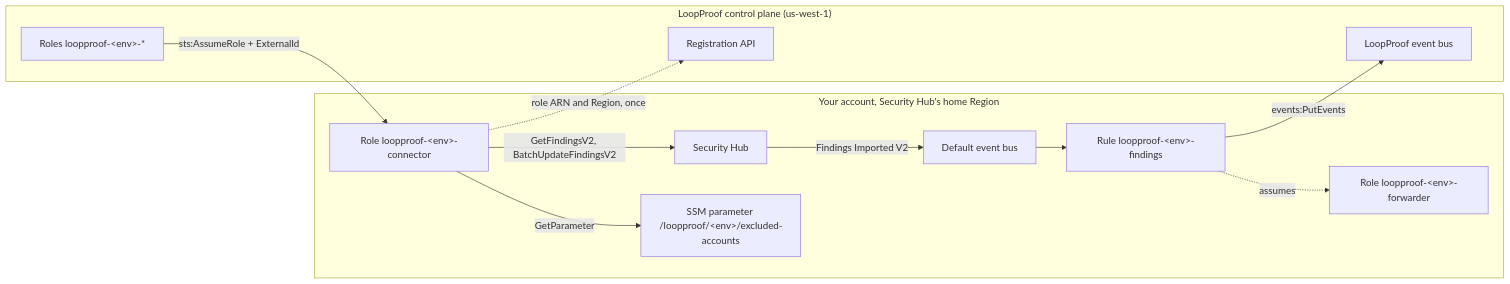
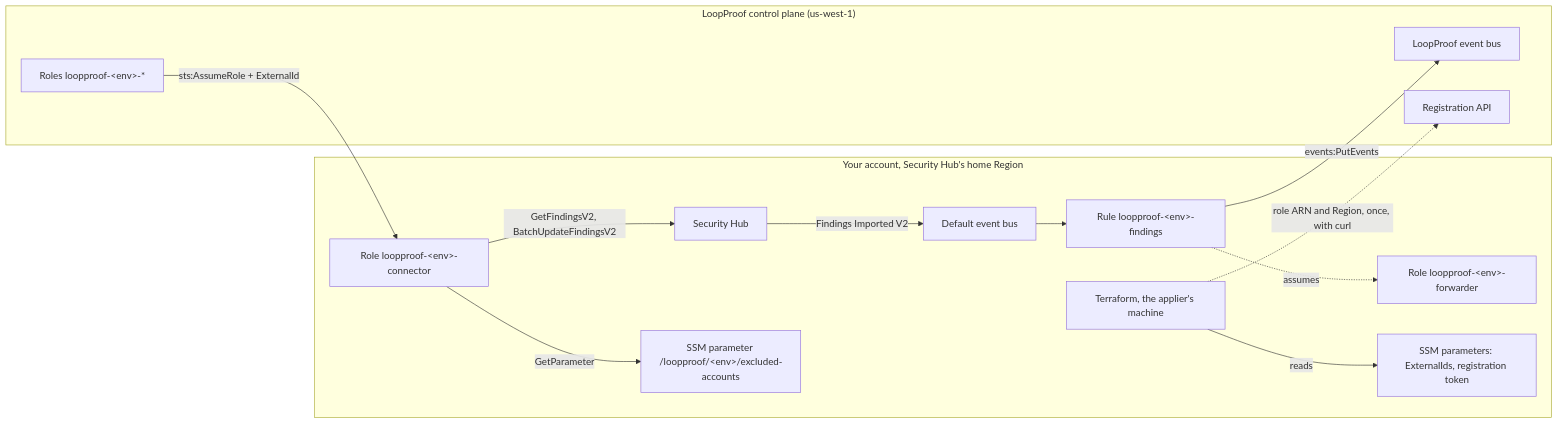
The diagram in docs/architecture.md (infrahouse/terraform-aws-loopproof-connector), drawn with Mermaid before and after one commit. The commit also changed other lines of this file and 13 other files, not shown here.

````diff
--- a/docs/architecture.md
+++ b/docs/architecture.md
@@ -3,23 +3,26 @@
 ```mermaid
 flowchart LR
     subgraph tenant["Your account, Security Hub's home Region"]
         SH["Security Hub"]
         DB["Default event bus"]
         RULE["Rule loopproof-&lt;env&gt;-findings"]
         FWD["Role loopproof-&lt;env&gt;-forwarder"]
         CONN["Role loopproof-&lt;env&gt;-connector"]
         PARAM["SSM parameter /loopproof/&lt;env&gt;/excluded-accounts"]
+        CREDS["SSM parameters: ExternalIds, registration token"]
+        TF["Terraform, the applier's machine"]
         SH -- "Findings Imported V2" --> DB --> RULE
         RULE -. assumes .-> FWD
     end
     subgraph cp["LoopProof control plane (us-west-1)"]
         BUS["LoopProof event bus"]
         CPR["Roles loopproof-&lt;env&gt;-*"]
         API["Registration API"]
     end
     RULE -- "events:PutEvents" --> BUS
     CPR -- "sts:AssumeRole + ExternalId" --> CONN
     CONN -- "GetFindingsV2, BatchUpdateFindingsV2" --> SH
     CONN -- "GetParameter" --> PARAM
-    CONN -. "role ARN and Region, once" .-> API
+    TF -- "reads" --> CREDS
+    TF -. "role ARN and Region, once, with curl" .-> API
 ```
````
